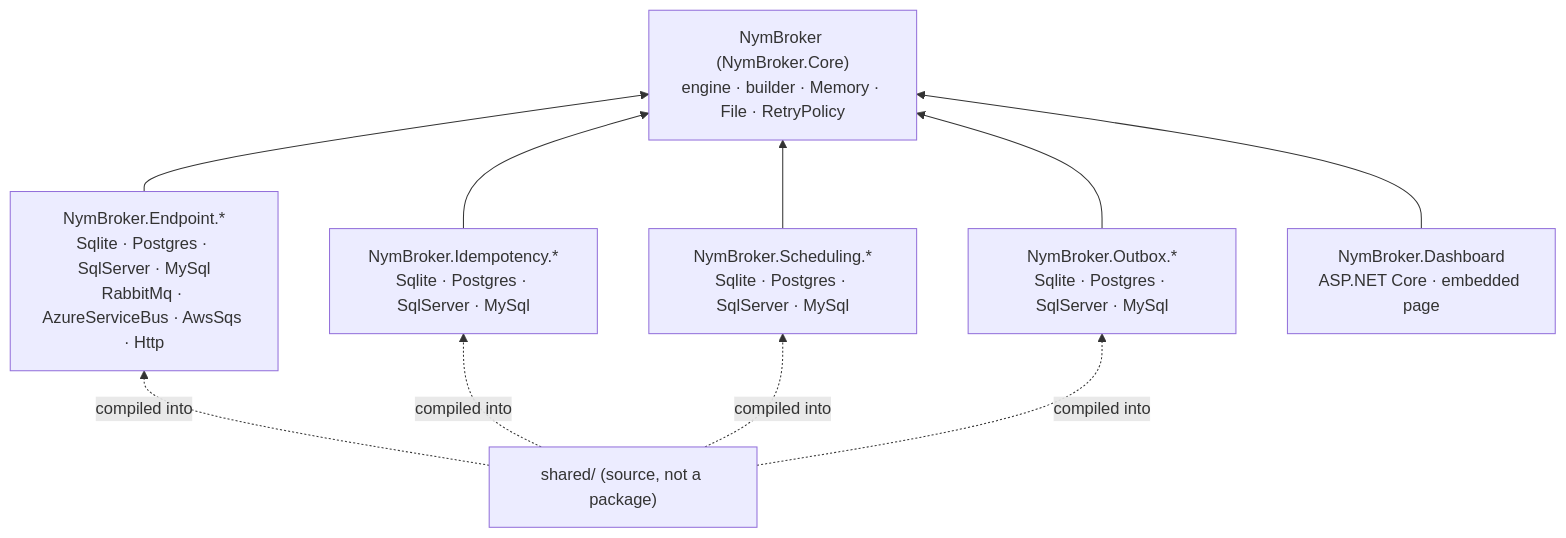
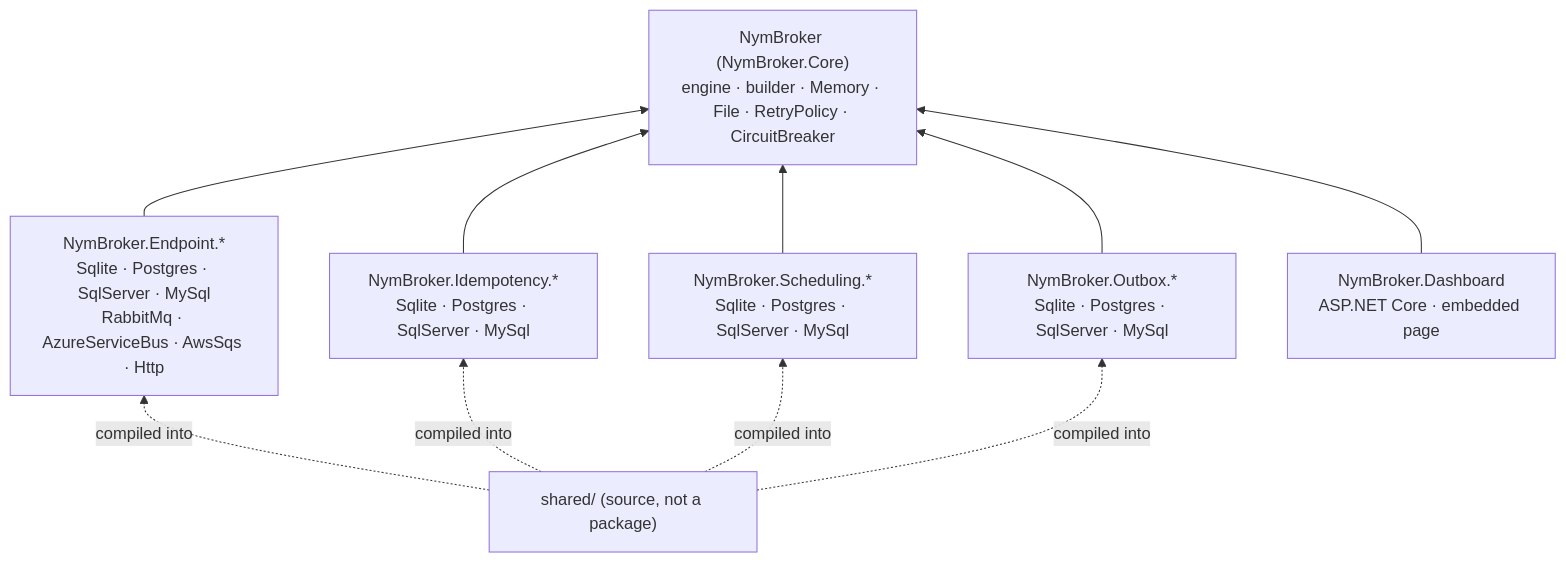
The first of 2 diagrams in docs/architecture.md (nymankla/NymBroker), drawn with Mermaid before and after one commit. The commit also changed other lines of this file and 1 other file, not shown here.

First line of the commit message:
Describe the consumer timeout and circuit breaker in the architecture docs

````diff
--- a/docs/architecture.md
+++ b/docs/architecture.md
@@ -9,19 +9,19 @@
 ```mermaid
 flowchart BT
-    Core["NymBroker (NymBroker.Core)<br/>engine · builder · Memory · File · RetryPolicy"]
+    Core["NymBroker (NymBroker.Core)<br/>engine · builder · Memory · File · RetryPolicy · CircuitBreaker"]
     EP["NymBroker.Endpoint.*<br/>Sqlite · Postgres · SqlServer · MySql<br/>RabbitMq · AzureServiceBus · AwsSqs · Http"]
     ID["NymBroker.Idempotency.*<br/>Sqlite · Postgres · SqlServer · MySql"]
     SC["NymBroker.Scheduling.*<br/>Sqlite · Postgres · SqlServer · MySql"]
     OB["NymBroker.Outbox.*<br/>Sqlite · Postgres · SqlServer · MySql"]
     DB["NymBroker.Dashboard<br/>ASP.NET Core · embedded page"]
     SH["shared/ (source, not a package)"]
     EP --> Core
     ID --> Core
     SC --> Core
     OB --> Core
     DB --> Core
     SH -. compiled into .-> EP
     SH -. compiled into .-> ID
     SH -. compiled into .-> SC
     SH -. compiled into .-> OB
 ```
````
